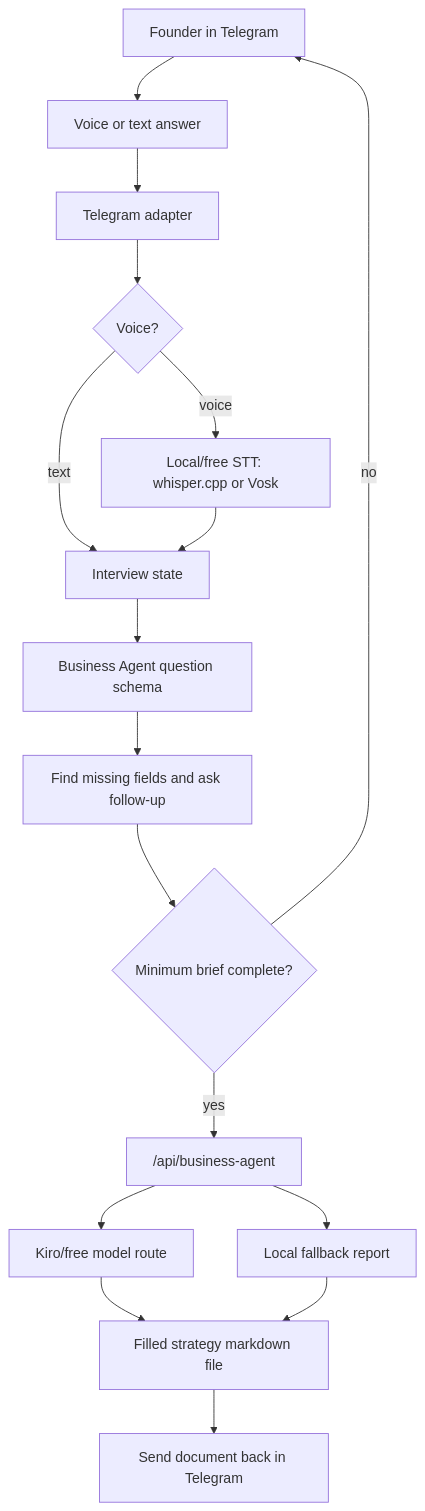
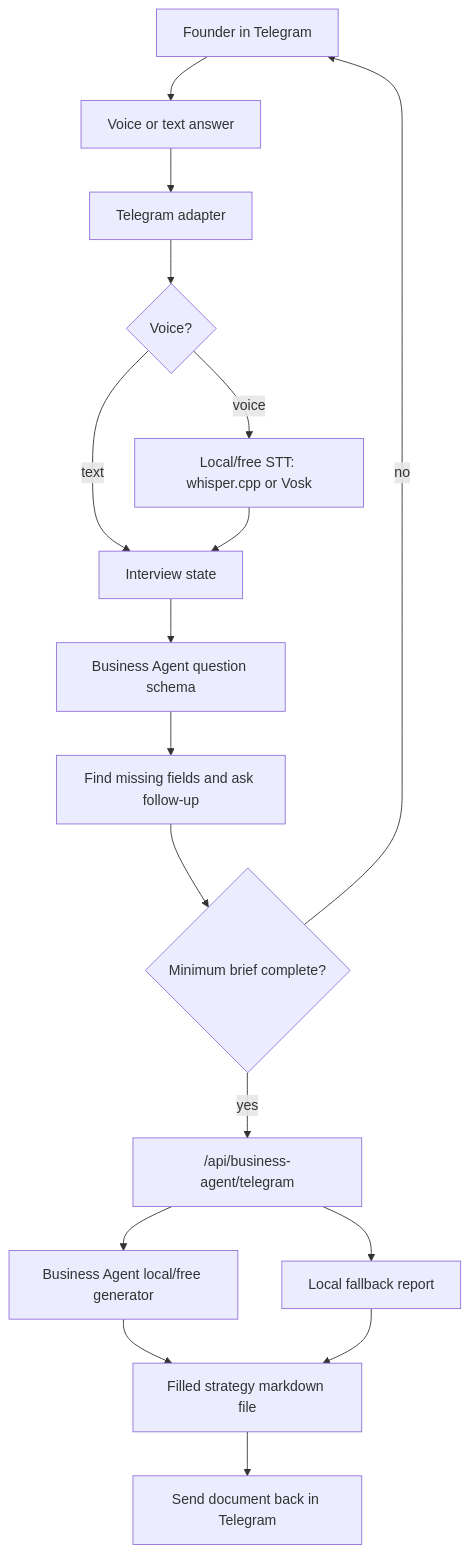
The diagram in docs/TELEGRAM_BUSINESS_VOICE_BOT.md (egoriklok/OmniRoute), drawn with Mermaid before and after one commit. The commit also changed other lines of this file and 7 other files, not shown here.

Commit message:
feat: add telegram business agent webhook

````diff
--- a/docs/TELEGRAM_BUSINESS_VOICE_BOT.md
+++ b/docs/TELEGRAM_BUSINESS_VOICE_BOT.md
@@ -59,19 +60,19 @@
 ```mermaid
 flowchart TD
   User["Founder in Telegram"] --> Voice["Voice or text answer"]
   Voice --> Adapter["Telegram adapter"]
   Adapter --> STT{"Voice?"}
   STT -->|text| State["Interview state"]
   STT -->|voice| LocalSTT["Local/free STT: whisper.cpp or Vosk"]
   LocalSTT --> State
   State --> Questions["Business Agent question schema"]
   Questions --> Missing["Find missing fields and ask follow-up"]
   Missing --> Complete{"Minimum brief complete?"}
   Complete -->|no| User
-  Complete -->|yes| API["/api/business-agent"]
-  API --> FreeModel["Kiro/free model route"]
+  Complete -->|yes| API["/api/business-agent/telegram"]
+  API --> FreeModel["Business Agent local/free generator"]
   API --> Fallback["Local fallback report"]
   FreeModel --> File["Filled strategy markdown file"]
   Fallback --> File
   File --> TelegramFile["Send document back in Telegram"]
 ```
````
